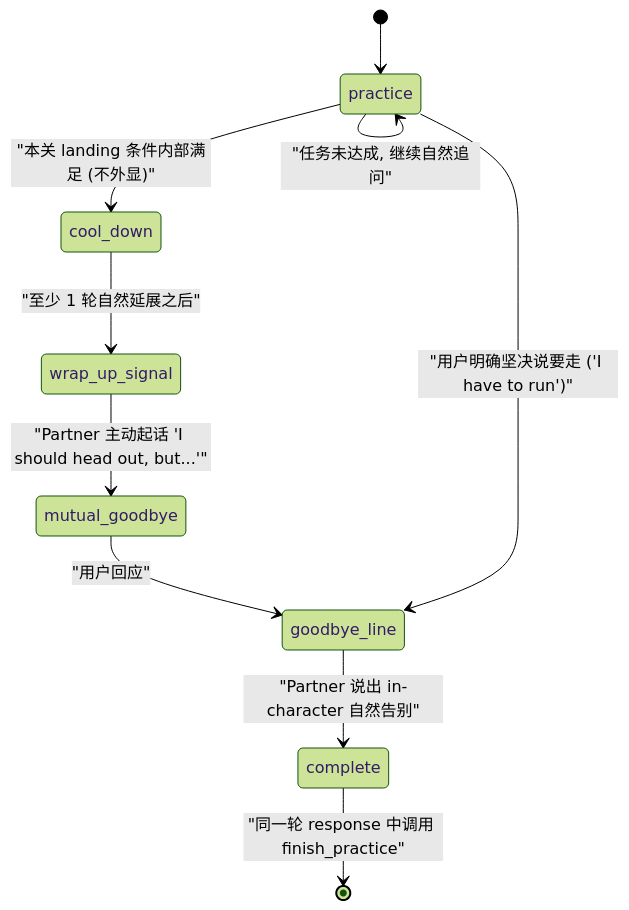
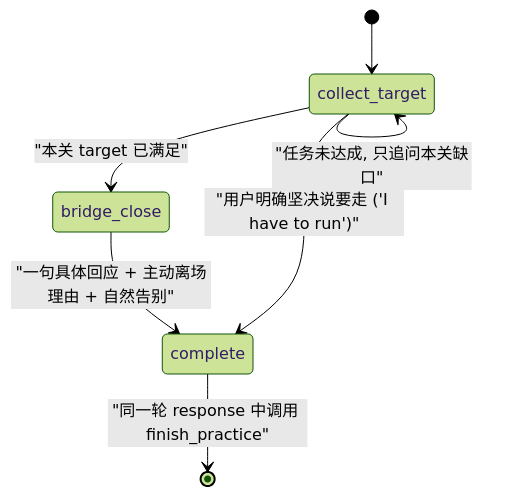
One commit to maxx1031/Uply-Rehearse-the-Room changed the second of 2 diagrams in docs/product/self-intro-course-wireflow-prompts.md. Above: the diagram before and after it, drawn with Mermaid (forest theme). The commit also changed other lines of this file and 5 other files, not shown here.

First line of the commit message:
practice: 收敛 prompt flow

````diff
--- a/docs/product/self-intro-course-wireflow-prompts.md
+++ b/docs/product/self-intro-course-wireflow-prompts.md
@@ -505,12 +505,9 @@
 ```mermaid
 stateDiagram-v2
-  [*] --> practice
-  practice --> practice: "任务未达成, 继续自然追问"
-  practice --> cool_down: "本关 landing 条件内部满足 (不外显)"
-  cool_down --> wrap_up_signal: "至少 1 轮自然延展之后"
-  wrap_up_signal --> mutual_goodbye: "Partner 主动起话 'I should head out, but...'"
-  mutual_goodbye --> goodbye_line: "用户回应"
-  goodbye_line --> complete: "Partner 说出 in-character 自然告别"
+  [*] --> collect_target
+  collect_target --> collect_target: "任务未达成, 只追问本关缺口"
+  collect_target --> bridge_close: "本关 target 已满足"
+  bridge_close --> complete: "一句具体回应 + 主动离场理由 + 自然告别"
   complete --> [*]: "同一轮 response 中调用 finish_practice"
-  practice --> goodbye_line: "用户明确坚决说要走 ('I have to run')"
+  collect_target --> complete: "用户明确坚决说要走 ('I have to run')"
 ```
````
